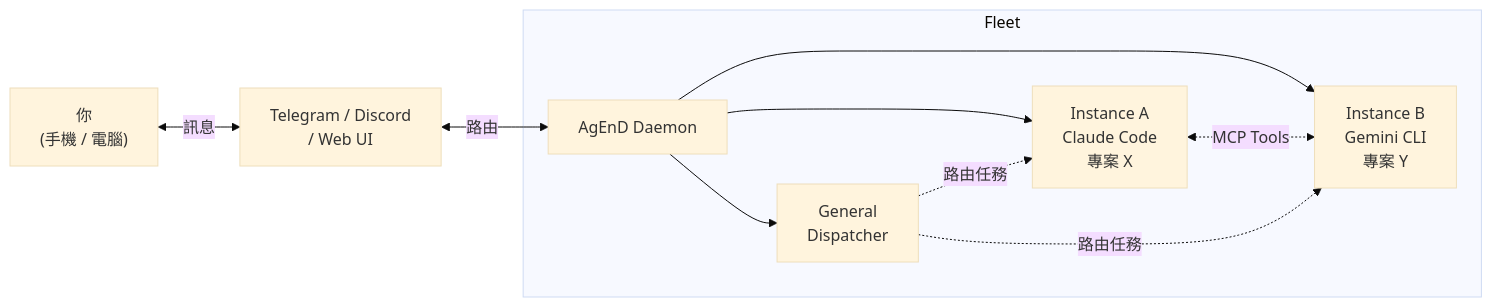
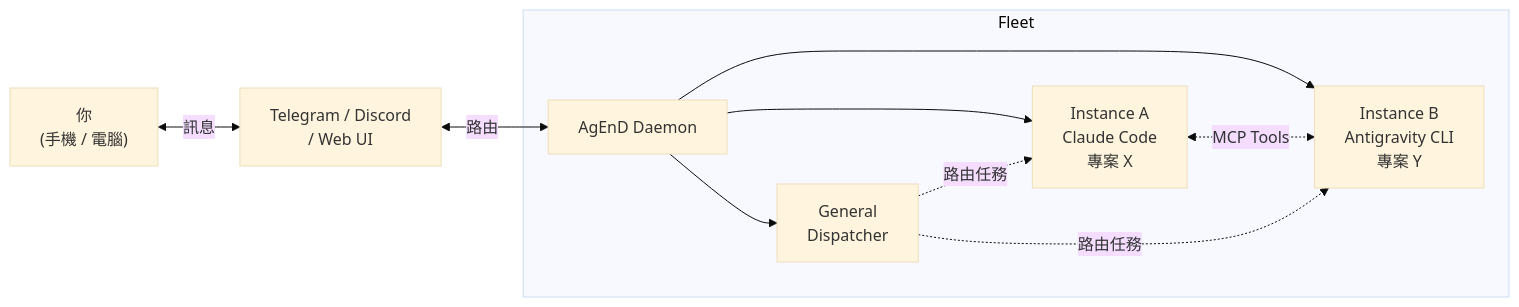
Before and after one commit to songsid/AgEnD: the diagram in README.zh-TW.md, drawn with Mermaid (base theme). The commit also changed other lines of this file and 16 other files, not shown here.

````diff
--- a/README.zh-TW.md
+++ b/README.zh-TW.md
@@ -78,14 +78,14 @@
 ```mermaid
 graph LR
   You["你<br/>(手機 / 電腦)"] <-->|訊息| Channel["Telegram / Discord<br/>/ Web UI"]
   Channel <-->|路由| Daemon["AgEnD Daemon"]
 
   subgraph Fleet
     Daemon --> General["General<br/>Dispatcher"]
     Daemon --> A["Instance A<br/>Claude Code<br/>專案 X"]
-    Daemon --> B["Instance B<br/>Gemini CLI<br/>專案 Y"]
+    Daemon --> B["Instance B<br/>Antigravity CLI<br/>專案 Y"]
     A <-.->|MCP Tools| B
     General -.->|路由任務| A
     General -.->|路由任務| B
   end
 ```
````
